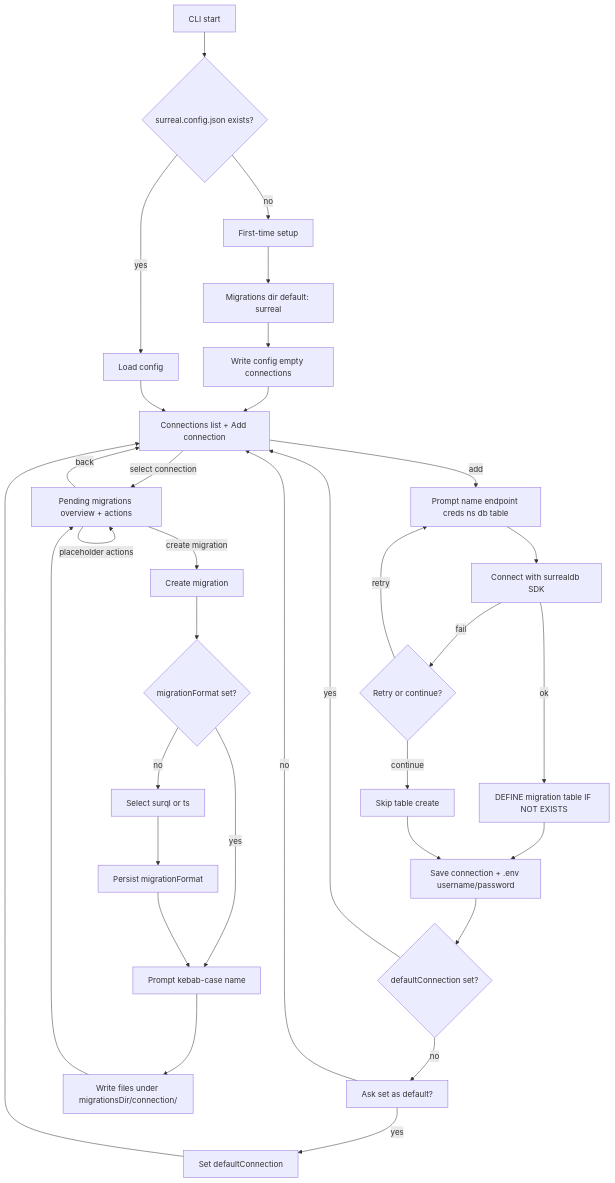
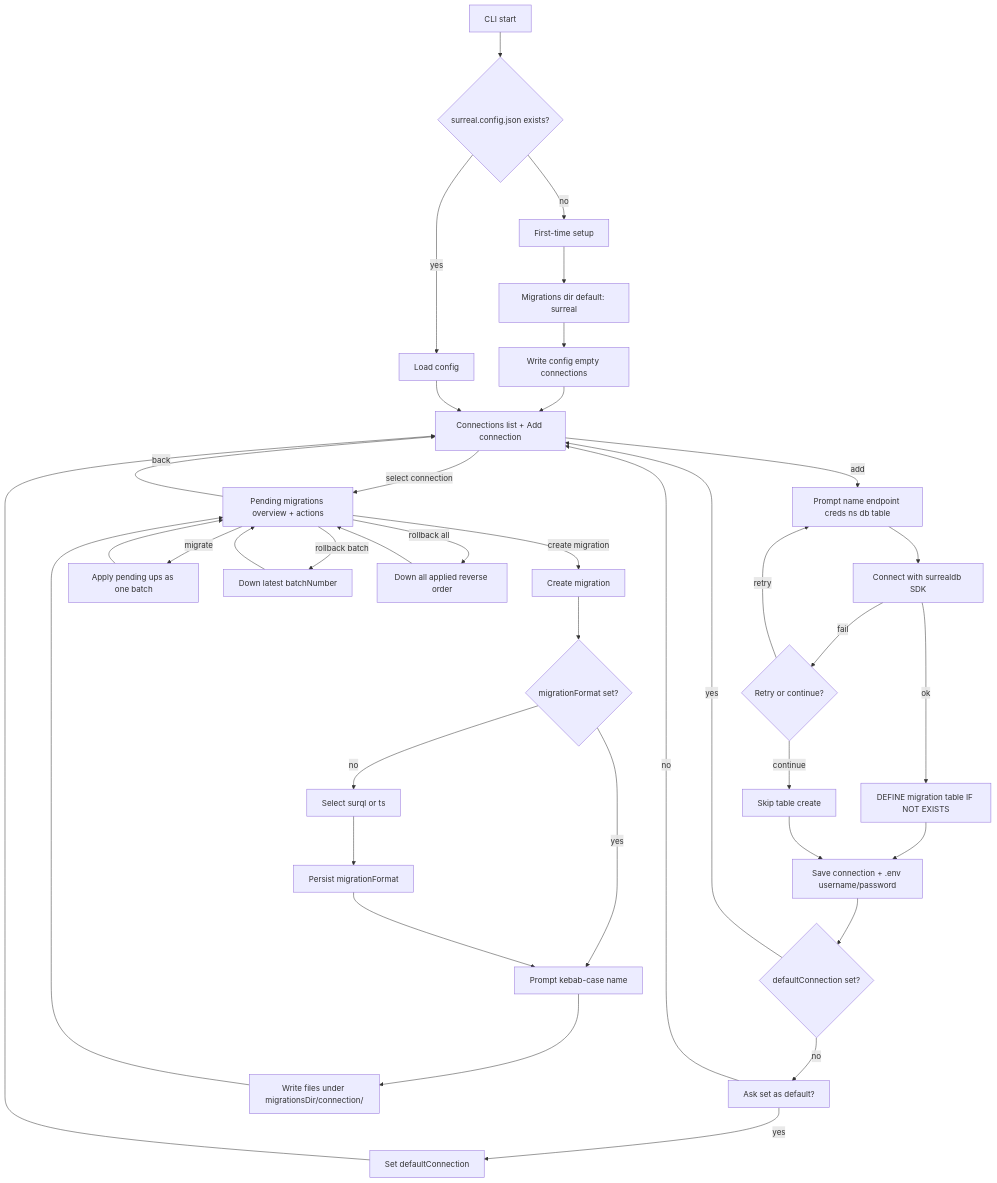
One commit to sneakylenny/surreal-migrator changed the diagram in docs/flow.md. Above: the diagram before and after it, drawn with Mermaid. The commit also changed 3 other files, not shown here.

First line of the commit message:
feat: enhance migration management with batch operations and connection menu updates

````diff
--- a/docs/flow.md
+++ b/docs/flow.md
@@ -3,35 +3,40 @@
 ```mermaid
 flowchart TD
   start[CLI start] --> hasConfig{surreal.config.json exists?}
   hasConfig -->|no| setup[First-time setup]
   setup --> pathPrompt["Migrations dir default: surreal"]
   pathPrompt --> saveConfig["Write config empty connections"]
   hasConfig -->|yes| loadConfig[Load config]
   saveConfig --> connectionsMenu
   loadConfig --> connectionsMenu[Connections list + Add connection]
   connectionsMenu -->|select connection| connectionMenu[Pending migrations overview + actions]
   connectionsMenu -->|add| addConn["Prompt name endpoint creds ns db table"]
   addConn --> verify[Connect with surrealdb SDK]
   verify -->|ok| ensureTable["DEFINE migration table IF NOT EXISTS"]
   verify -->|fail| retryOrContinue{Retry or continue?}
   retryOrContinue -->|retry| addConn
   retryOrContinue -->|continue| skipTable[Skip table create]
   ensureTable --> saveConn["Save connection + .env username/password"]
   skipTable --> saveConn
   saveConn --> hasDefault{defaultConnection set?}
   hasDefault -->|no| askDefault["Ask set as default?"]
   askDefault -->|yes| setDefault[Set defaultConnection]
   askDefault -->|no| connectionsMenu
   setDefault --> connectionsMenu
   hasDefault -->|yes| connectionsMenu
   connectionMenu -->|create migration| createMig[Create migration]
   createMig --> hasFormat{migrationFormat set?}
   hasFormat -->|no| pickFormat["Select surql or ts"]
   pickFormat --> saveFormat[Persist migrationFormat]
   hasFormat -->|yes| namePrompt
   saveFormat --> namePrompt["Prompt kebab-case name"]
   namePrompt --> writeFiles["Write files under migrationsDir/connection/"]
   writeFiles --> connectionMenu
-  connectionMenu -->|placeholder actions| connectionMenu
+  connectionMenu -->|migrate| migrateUp["Apply pending ups as one batch"]
+  connectionMenu -->|rollback batch| rollbackBatch["Down latest batchNumber"]
+  connectionMenu -->|rollback all| rollbackAll["Down all applied reverse order"]
+  migrateUp --> connectionMenu
+  rollbackBatch --> connectionMenu
+  rollbackAll --> connectionMenu
   connectionMenu -->|back| connectionsMenu
 ```
````
